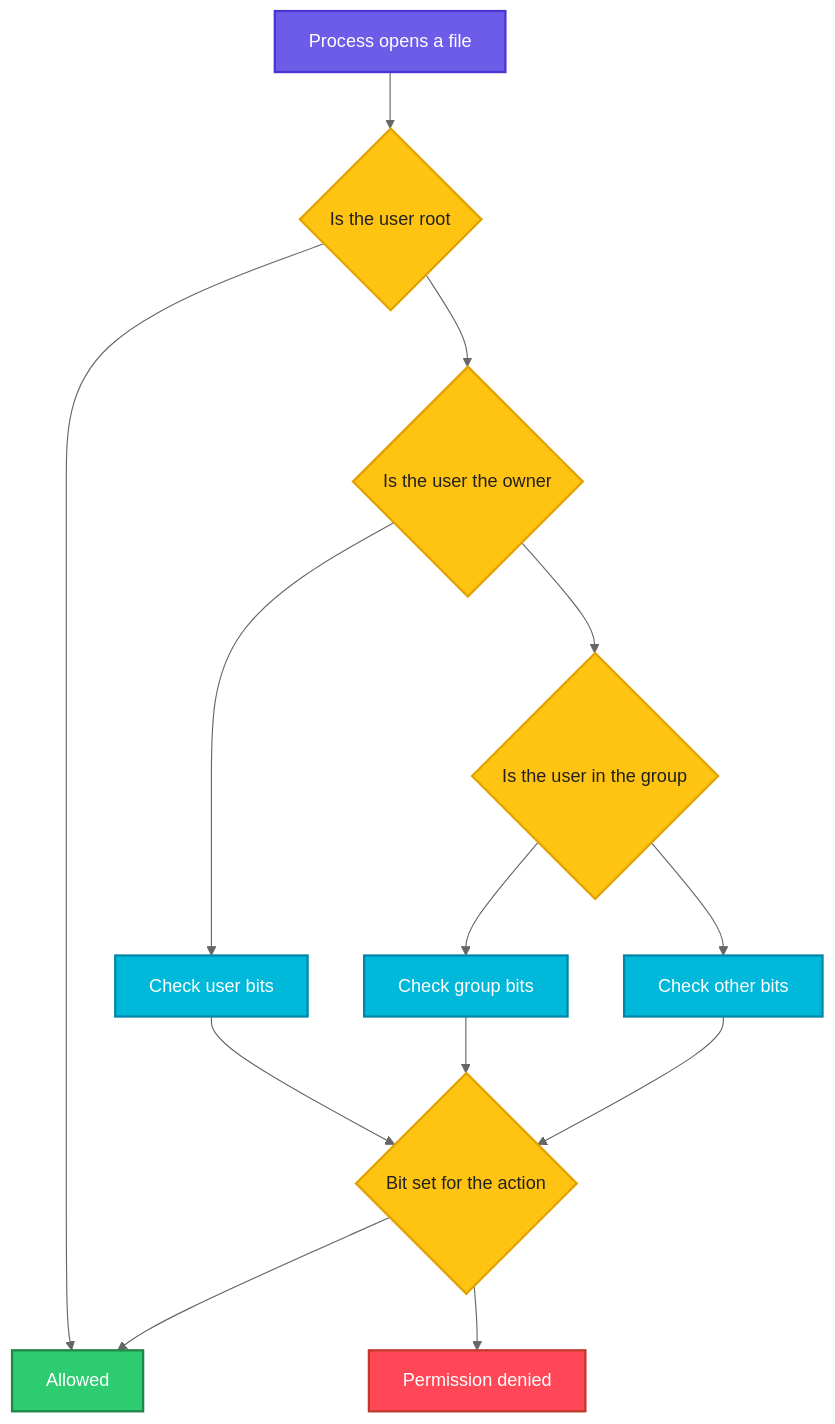
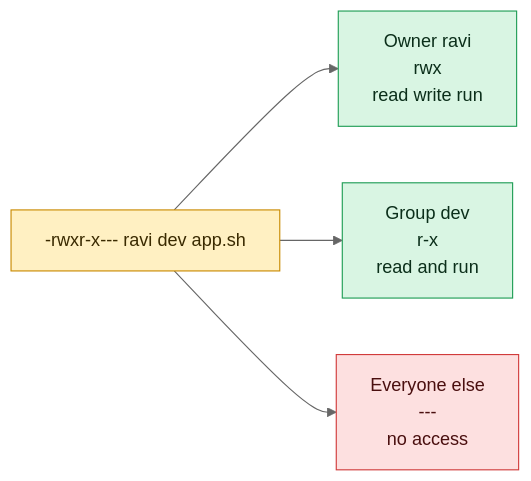
The diagram in linux/fundamentals/10-permission-model.md (codeKerdosTech/DevOps-Documentation), drawn with Mermaid (neutral theme) before and after one commit. The commit also changed other lines of this file and 165 other files, not shown here.

Commit message:
updated diagrams in linux

````diff
--- a/linux/fundamentals/10-permission-model.md
+++ b/linux/fundamentals/10-permission-model.md
@@ -29,25 +29,14 @@
 ```mermaid
-flowchart TD
-    A[Process opens a file] --> B{Is the user root}
-    B --> C[Allowed]
-    B --> D{Is the user the owner}
-    D --> E[Check user bits]
-    D --> F{Is the user in the group}
-    F --> G[Check group bits]
-    F --> H[Check other bits]
-    E --> I{Bit set for the action}
-    G --> I
-    H --> I
-    I --> C
-    I --> J[Permission denied]
-    classDef start fill:#6C5CE7,stroke:#4834D4,stroke-width:2px,color:#fff
-    classDef proc fill:#00B8D9,stroke:#0087A8,stroke-width:2px,color:#fff
-    classDef dec fill:#FFC312,stroke:#E1A100,stroke-width:2px,color:#222
-    classDef ok fill:#2ECC71,stroke:#1E8449,stroke-width:2px,color:#fff
-    classDef err fill:#FF4757,stroke:#C0392B,stroke-width:2px,color:#fff
-    class A start
-    class B,D,F,I dec
-    class E,G,H proc
-    class C ok
-    class J err
+flowchart LR
+    c1[-rwxr-x--- ravi dev app.sh] --> o1[Owner ravi<br/>rwx<br/>read write run]
+    c1 --> o2[Group dev<br/>r-x<br/>read and run]
+    c1 --> x1[Everyone else<br/>---<br/>no access]
+    classDef inp fill:#DCEBFF,stroke:#2F6FDE,color:#10213F
+    classDef cmd fill:#FFF0C2,stroke:#C98A00,color:#3A2A00
+    classDef out fill:#D9F5E3,stroke:#1F9D55,color:#0B2E1A
+    classDef bad fill:#FDE0E0,stroke:#D13B3B,color:#4A0F0F
+    classDef note fill:#ECEFF3,stroke:#7B8794,color:#1F2933
+    class c1 cmd
+    class o1,o2 out
+    class x1 bad
 ```
````
